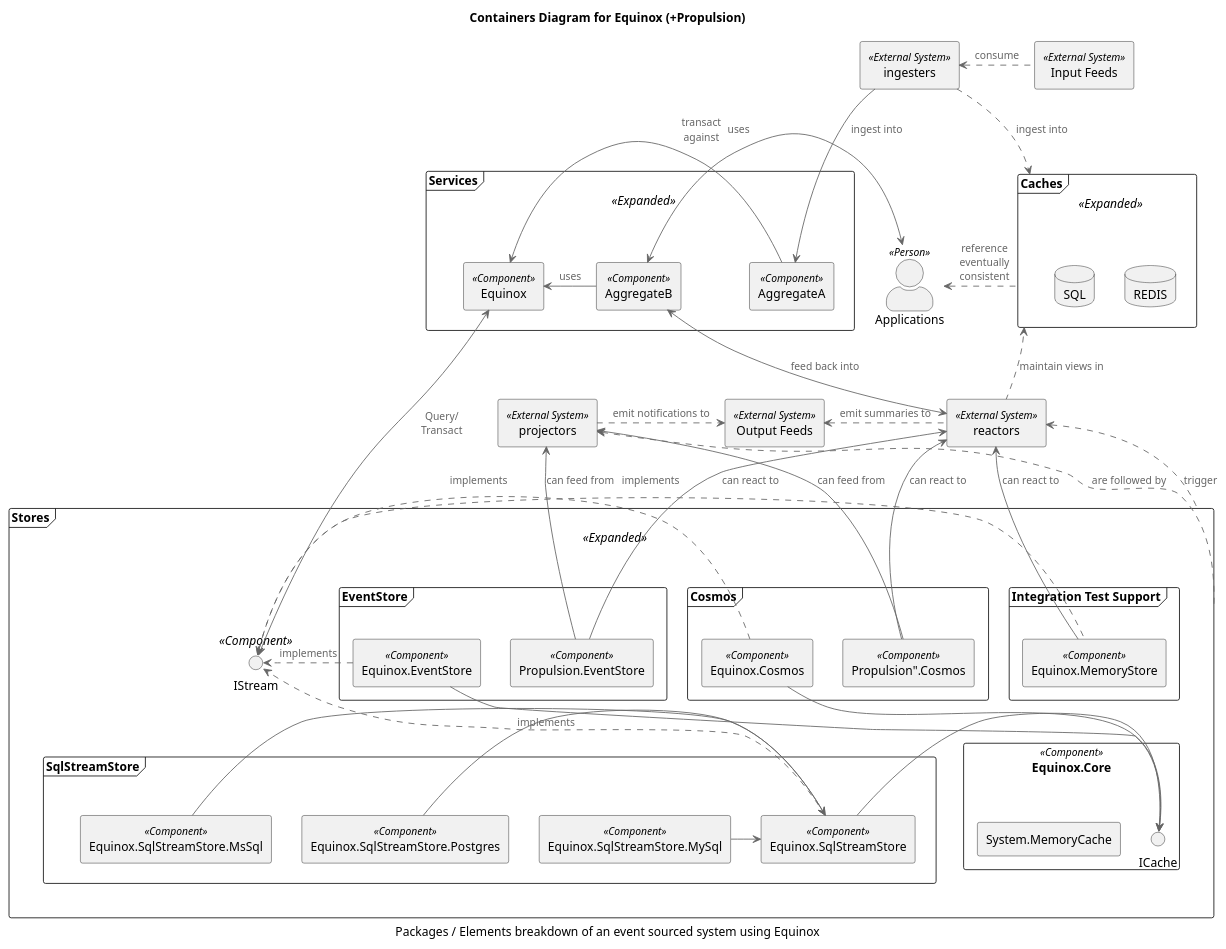
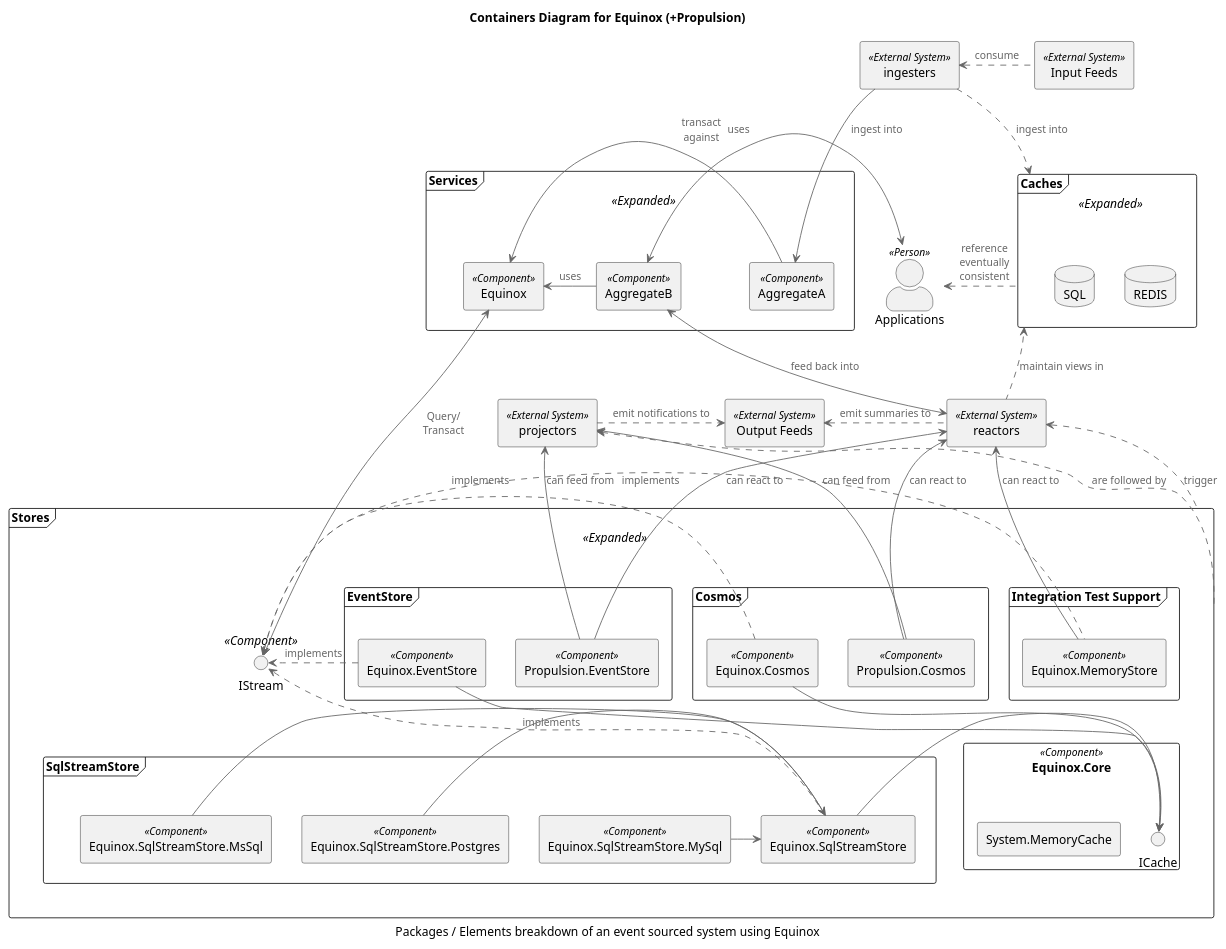
One commit to jet/equinox changed the diagram in diagrams/container.puml. Above: the diagram before and after it, drawn with PlantUML.

```diff
--- a/diagrams/container.puml
+++ b/diagrams/container.puml
@@ -1,93 +1,93 @@
 @startuml
 !includeurl https://raw.githubusercontent.com/skleanthous/C4-PlantumlSkin/master/build/output/c4.puml
 
 title Containers Diagram for Equinox (+Propulsion)
 caption Packages / Elements breakdown of an event sourced system using Equinox
 
 together {
     frame "Caches" <<Expanded>> as caches {
         database "REDIS"
         database "SQL"
     }
     frame "Services" <<Expanded>> as services {
         rectangle "Equinox" <<Component>> as equinox
         rectangle "AggregateA" <<Component>>
         rectangle "AggregateB" <<Component>>
     }
     actor "Applications" as apps <<Person>>
 }
 
 rectangle ingesters <<External System>> 
 rectangle "Input Feeds" as sources <<External System>> 
 rectangle projectors <<External System>> 
 rectangle "Output Feeds" as sinks <<External System>> 
 rectangle reactors <<External System>> 
 
 frame "Stores" as stores <<Expanded>> {
     frame "Cosmos" as cosmos {
         rectangle "Equinox.Cosmos" <<Component>> as cs
-        rectangle "Propulsion".Cosmos" <<Component>> as cfp
+        rectangle "Propulsion.Cosmos" <<Component>> as cfp
     }
     frame "EventStore" {
         rectangle "Equinox.EventStore" <<Component>> as es
         rectangle "Propulsion.EventStore" <<Component>> as all
     }
     frame "Integration Test Support" {
         rectangle "Equinox.MemoryStore" <<Component>> as ms 
     }
     interface IStream <<Component>>
     rectangle "Equinox.Core" as core <<Component>> {
         rectangle "System.MemoryCache"
         interface ICache
     }
     frame "SqlStreamStore" as ssss {
         rectangle "Equinox.SqlStreamStore.MsSql" <<Component>> as ssm
         rectangle "Equinox.SqlStreamStore.MySql" <<Component>> as ssy
         rectangle "Equinox.SqlStreamStore.Postgres" <<Component>> as ssp
         rectangle "Equinox.SqlStreamStore" <<Component>> as sss
     }
 }
 
 AggregateB -R-> equinox    : uses
 equinox     <-> IStream    : Query/\nTransact
 AggregateA -L-> equinox    : uses
 
 ingesters  <.R. sources    : consume
 ingesters    -> AggregateA : ingest into
 ingesters  .D.> caches     : ingest into
 
 apps       <.   caches     : reference\neventually\nconsistent
 apps        <-> AggregateB : transact\nagainst
 
 stores     .U.> projectors : are followed by
 stores     .U.> reactors   : trigger
 
 projectors   .> sinks      : emit notifications to
 projectors <--  cfp        : can feed from
 projectors <--  all        : can feed from
 
 reactors  <-U-> AggregateB : feed back into
 reactors   .L.> sinks      : emit summaries to
 reactors   .U.> caches     : maintain views in
 reactors   <-   ms         : can react to
 reactors   <-   cfp        : can react to
 reactors   <-   all        : can react to
 
 ms         .L.> IStream    : implements
 es           -> ICache
 es           .> IStream    : implements
 cs          --> ICache
 cs           .> IStream    : implements
 sss          -> ICache
 sss          .> IStream    : implements
 
 ssm          -> sss
 ssy          -> sss
 ssp          -> sss
 
 ingesters  -[hidden]D-> apps
 projectors -[hidden]D-> es
 projectors -[hidden]U-> services
 IStream    -[hidden]D-> ssss
 
 @enduml
```
